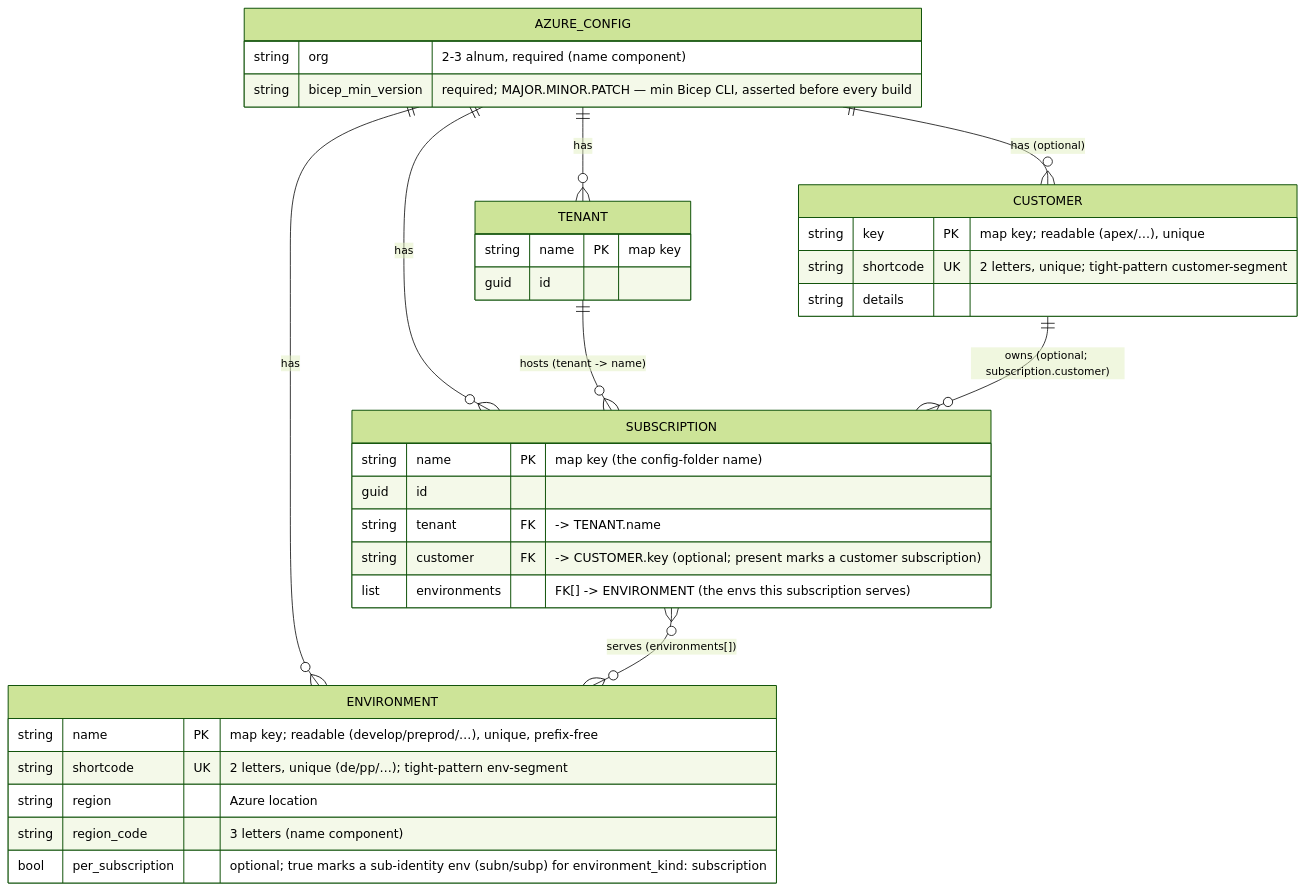
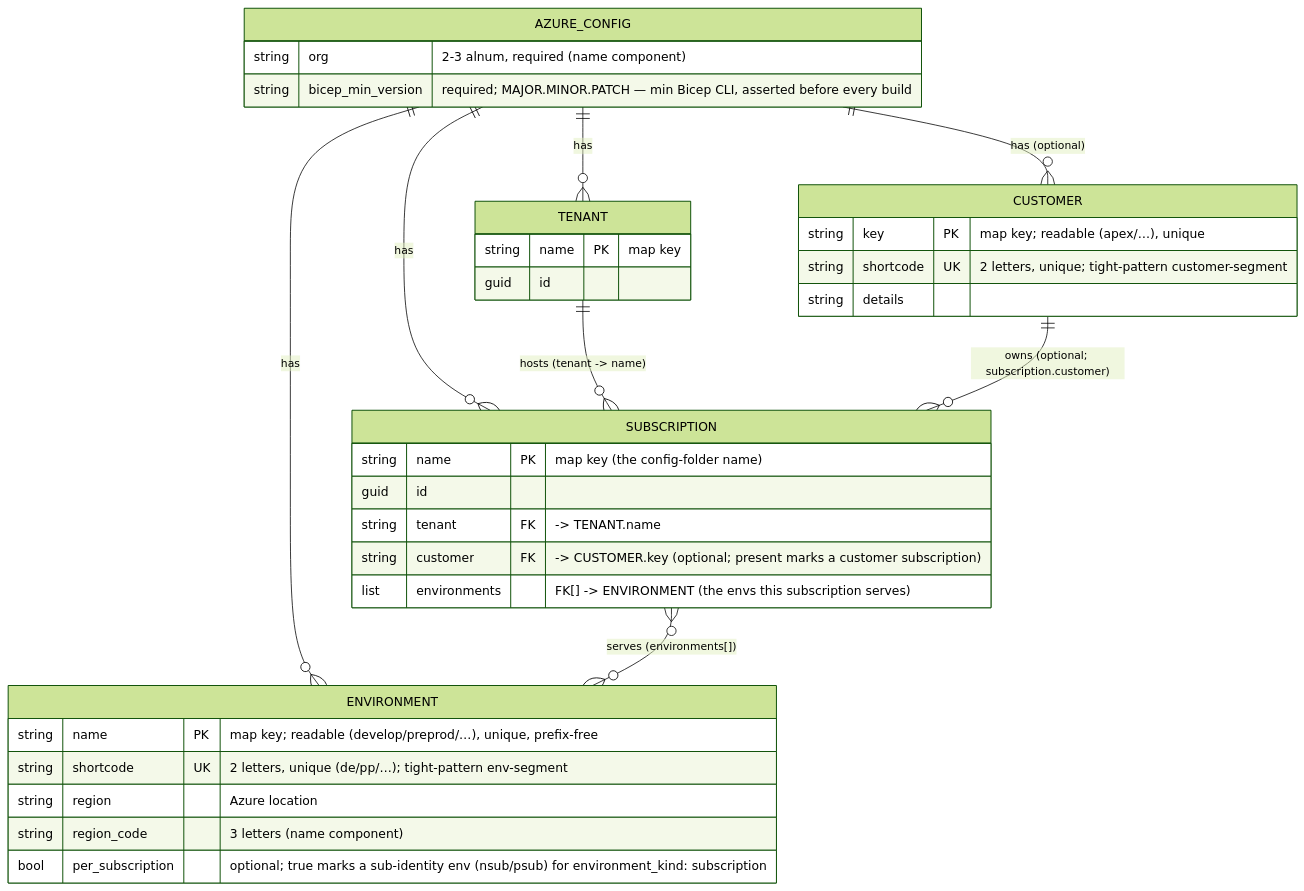
The first of 2 diagrams in docs/adr/azure/data-model.md (casperease/catzc), drawn with Mermaid (forest theme) before and after one commit. The commit also changed other lines of this file and 46 other files, not shown here.

````diff
--- a/docs/adr/azure/data-model.md
+++ b/docs/adr/azure/data-model.md
@@ -109,38 +109,38 @@
 ```mermaid
 erDiagram
     AZURE_CONFIG ||--o{ TENANT       : has
     AZURE_CONFIG ||--o{ CUSTOMER     : "has (optional)"
     AZURE_CONFIG ||--o{ ENVIRONMENT  : has
     AZURE_CONFIG ||--o{ SUBSCRIPTION : has
     TENANT       ||--o{ SUBSCRIPTION : "hosts (tenant -> name)"
     CUSTOMER     ||--o{ SUBSCRIPTION : "owns (optional; subscription.customer)"
     SUBSCRIPTION }o--o{ ENVIRONMENT  : "serves (environments[])"
 
     AZURE_CONFIG {
         string org "2-3 alnum, required (name component)"
         string bicep_min_version "required; MAJOR.MINOR.PATCH — min Bicep CLI, asserted before every build"
     }
     TENANT {
         string name PK "map key"
         guid   id
     }
     CUSTOMER {
         string key       PK "map key; readable (apex/…), unique"
         string shortcode UK "2 letters, unique; tight-pattern customer-segment"
         string details
     }
     ENVIRONMENT {
         string name             PK "map key; readable (develop/preprod/…), unique, prefix-free"
         string shortcode        UK "2 letters, unique (de/pp/…); tight-pattern env-segment"
         string region           "Azure location"
         string region_code      "3 letters (name component)"
-        bool   per_subscription "optional; true marks a sub-identity env (subn/subp) for environment_kind: subscription"
+        bool   per_subscription "optional; true marks a sub-identity env (nsub/psub) for environment_kind: subscription"
     }
     SUBSCRIPTION {
         string name     PK "map key (the config-folder name)"
         guid   id
         string tenant   FK "-> TENANT.name"
         string customer FK "-> CUSTOMER.key (optional; present marks a customer subscription)"
         list   environments "FK[] -> ENVIRONMENT (the envs this subscription serves)"
     }
 ```
````
